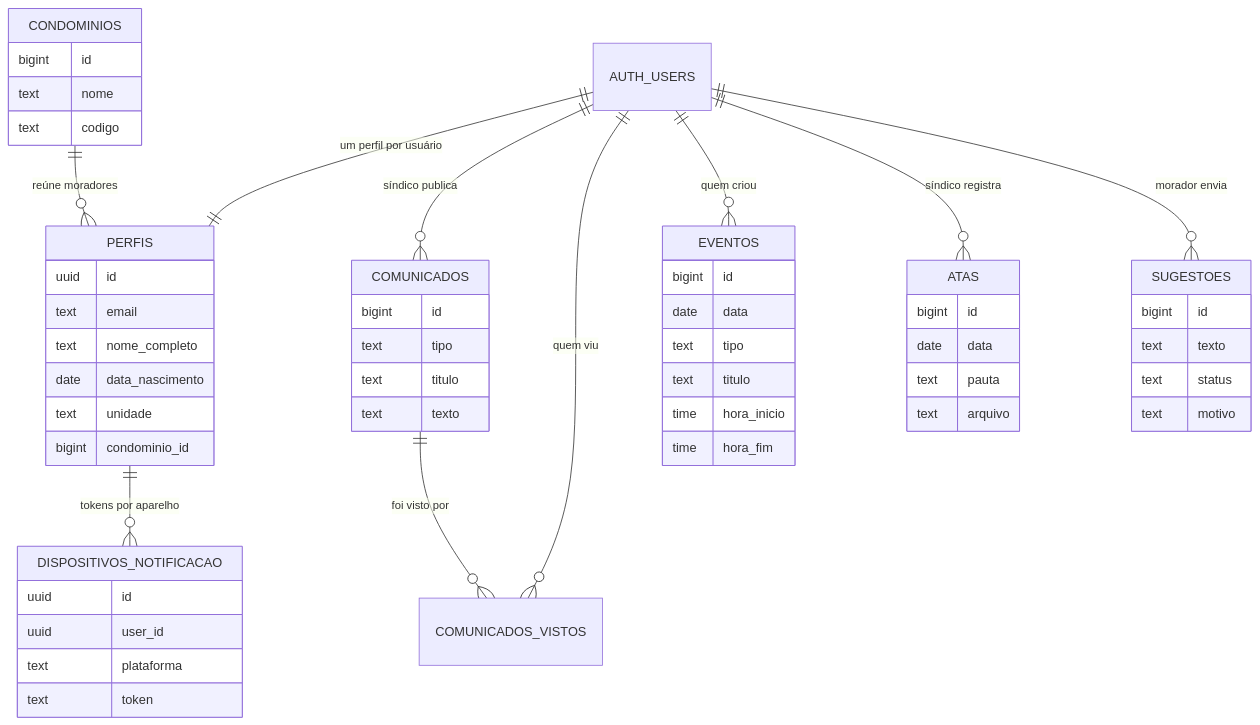
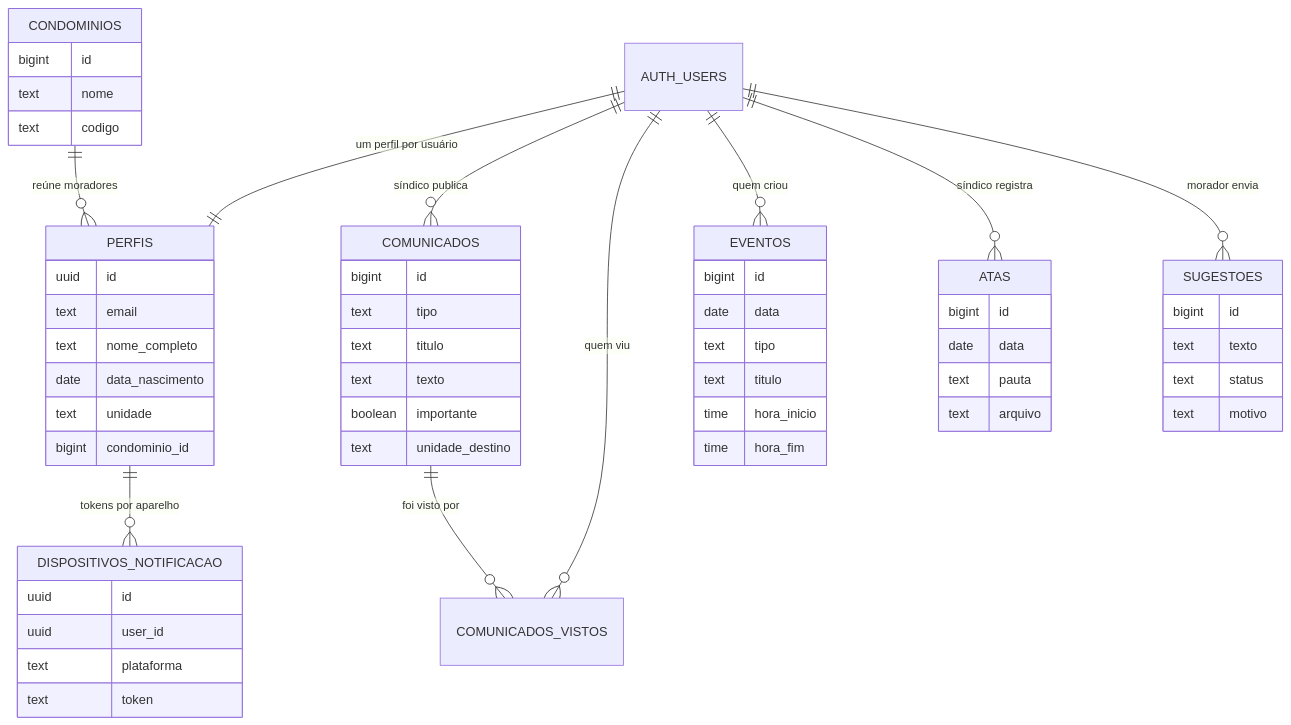
Before and after one commit to cond-owl/cond-owl: the second of 3 diagrams in supabase/docs/mapa-das-tabelas.md, drawn with Mermaid. The commit also changed other lines of this file and 8 other files, not shown here.

````diff
--- a/supabase/docs/mapa-das-tabelas.md
+++ b/supabase/docs/mapa-das-tabelas.md
@@ -54,57 +54,59 @@
 ```mermaid
 erDiagram
     AUTH_USERS ||--|| PERFIS : "um perfil por usuário"
     PERFIS ||--o{ DISPOSITIVOS_NOTIFICACAO : "tokens por aparelho"
     CONDOMINIOS ||--o{ PERFIS : "reúne moradores"
     AUTH_USERS ||--o{ COMUNICADOS : "síndico publica"
     COMUNICADOS ||--o{ COMUNICADOS_VISTOS : "foi visto por"
     AUTH_USERS ||--o{ COMUNICADOS_VISTOS : "quem viu"
     AUTH_USERS ||--o{ EVENTOS : "quem criou"
     AUTH_USERS ||--o{ ATAS : "síndico registra"
     AUTH_USERS ||--o{ SUGESTOES : "morador envia"
     PERFIS {
         uuid id
         text email
         text nome_completo
         date data_nascimento
         text unidade
         bigint condominio_id
     }
     DISPOSITIVOS_NOTIFICACAO {
         uuid id
         uuid user_id
         text plataforma
         text token
     }
     CONDOMINIOS {
         bigint id
         text nome
         text codigo
     }
     COMUNICADOS {
         bigint id
         text tipo
         text titulo
         text texto
+        boolean importante
+        text unidade_destino
     }
     EVENTOS {
         bigint id
         date data
         text tipo
         text titulo
         time hora_inicio
         time hora_fim
     }
     ATAS {
         bigint id
         date data
         text pauta
         text arquivo
     }
     SUGESTOES {
         bigint id
         text texto
         text status
         text motivo
     }
 ```
````
